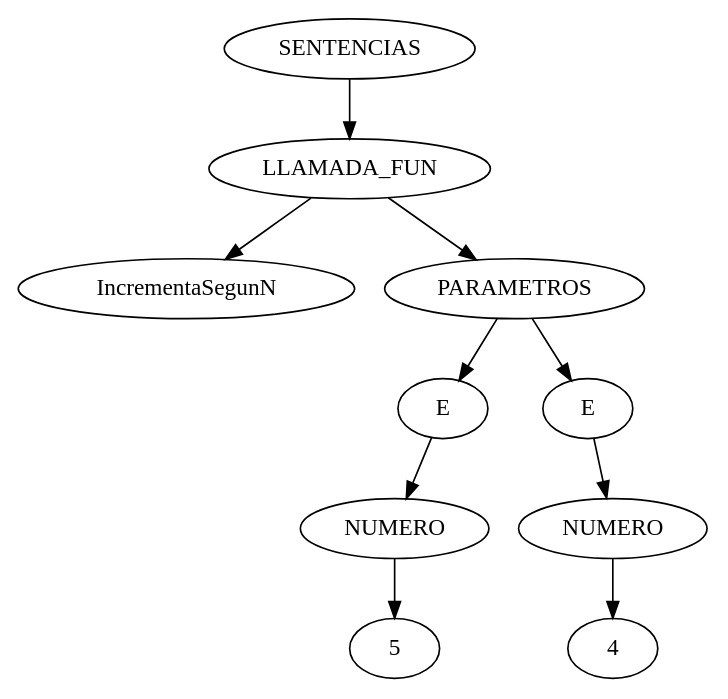
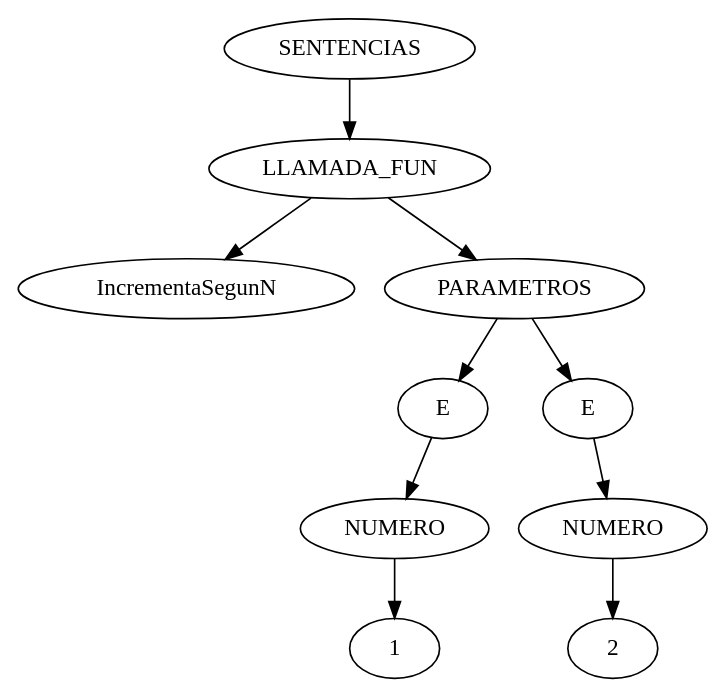
The diagram in PROYECTO1/dibujo/arbol.dot (jpamela2604/proyecto_lenguaje), drawn with Graphviz before and after one commit. The commit also changed 8 other files, not shown here.

```diff
--- a/PROYECTO1/dibujo/arbol.dot
+++ b/PROYECTO1/dibujo/arbol.dot
@@ -1,20 +1,20 @@
-digraph arbol{nodo8977120 [label="SENTENCIAS"];
-nodo8977120 ->nodo6782480;
-nodo6782480 [label="LLAMADA_FUN"];
-nodo6782480 ->nodo17121728;
-nodo17121728 [label="IncrementaSegunN"];
-nodo6782480 ->nodo14756832;
-nodo14756832 [label="PARAMETROS"];
-nodo14756832 ->nodo9631008;
-nodo9631008 [label="E"];
-nodo9631008 ->nodo14749664;
-nodo14749664 [label="NUMERO"];
-nodo14749664 ->nodo14764688;
-nodo14764688 [label="5"];
-nodo14756832 ->nodo6945376;
-nodo6945376 [label="E"];
-nodo6945376 ->nodo16831232;
-nodo16831232 [label="NUMERO"];
-nodo16831232 ->nodo9083392;
-nodo9083392 [label="4"];
+digraph arbol{nodo9072608 [label="SENTENCIAS"];
+nodo9072608 ->nodo13739968;
+nodo13739968 [label="LLAMADA_FUN"];
+nodo13739968 ->nodo13689008;
+nodo13689008 [label="IncrementaSegunN"];
+nodo13739968 ->nodo7589104;
+nodo7589104 [label="PARAMETROS"];
+nodo7589104 ->nodo14005664;
+nodo14005664 [label="E"];
+nodo14005664 ->nodo14735040;
+nodo14735040 [label="NUMERO"];
+nodo14735040 ->nodo19213536;
+nodo19213536 [label="1"];
+nodo7589104 ->nodo14753312;
+nodo14753312 [label="E"];
+nodo14753312 ->nodo13874368;
+nodo13874368 [label="NUMERO"];
+nodo13874368 ->nodo6844192;
+nodo6844192 [label="2"];
 }
```
